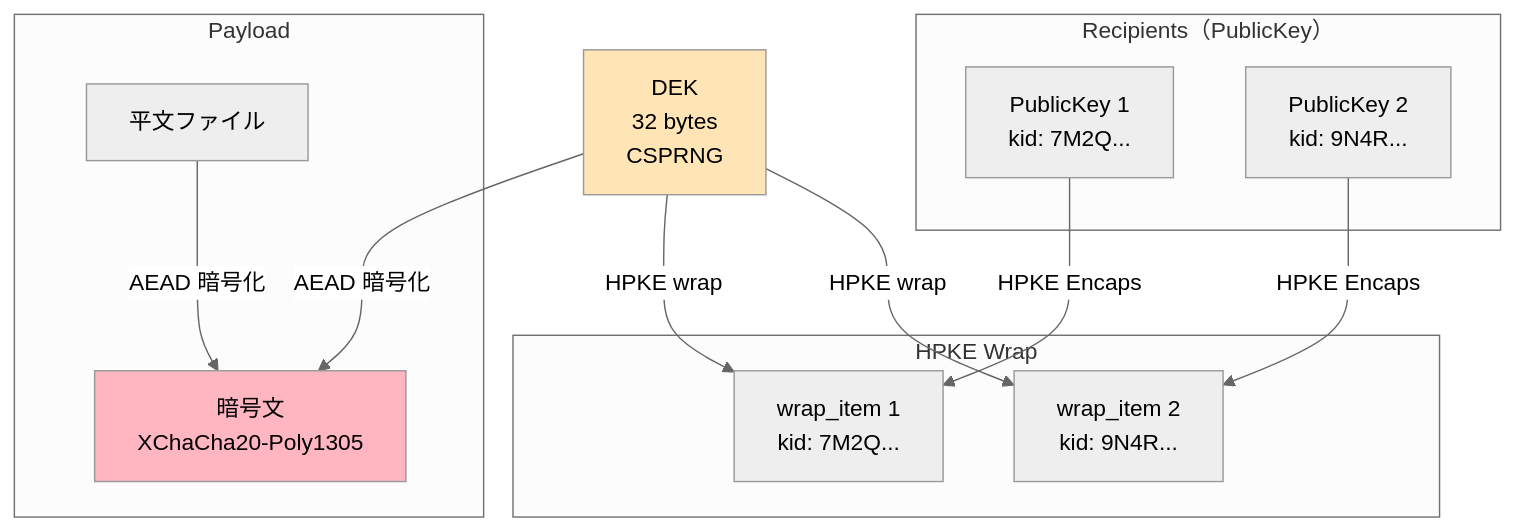
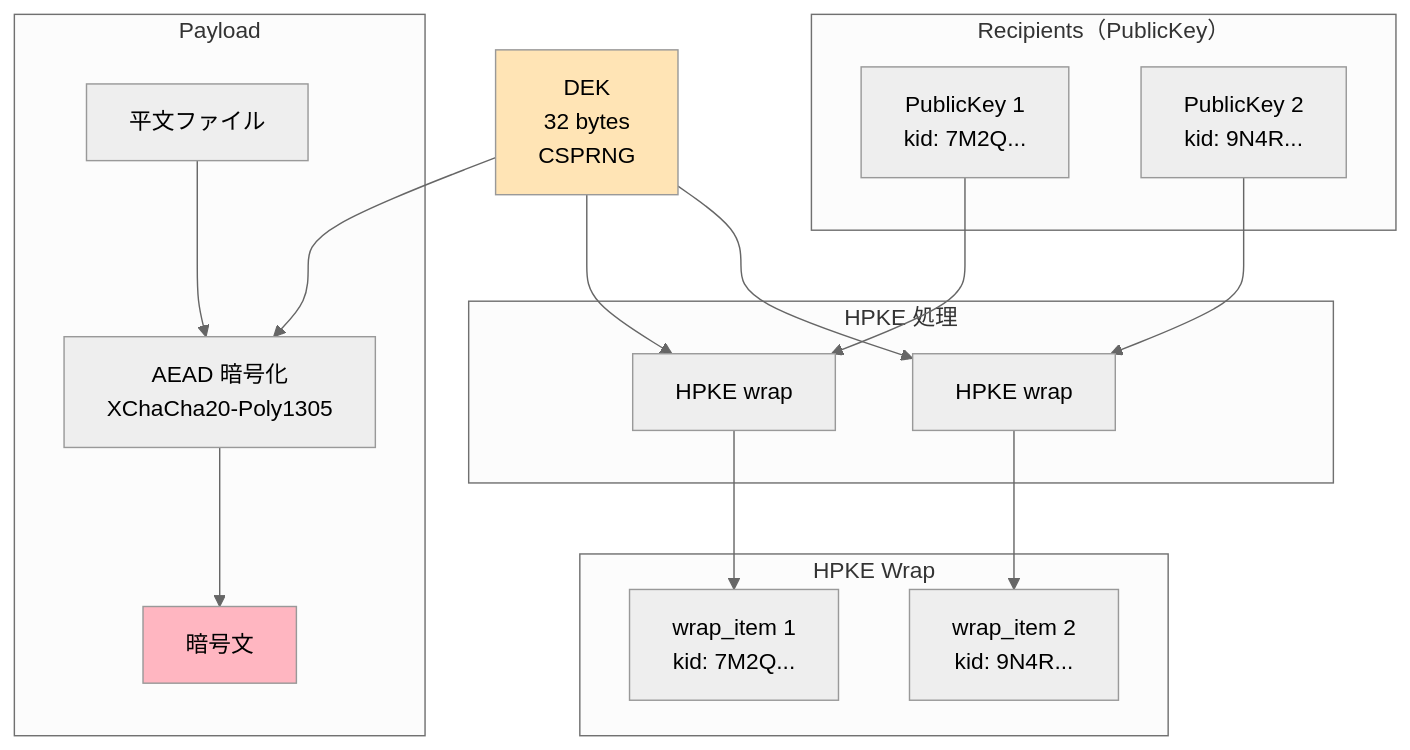
The third of 6 diagrams in guides/security_design_ja.md (ebisawa/secretenv), drawn with Mermaid (neutral theme) before and after one commit. The commit also changed other lines of this file and 3 other files, not shown here.

````diff
--- a/guides/security_design_ja.md
+++ b/guides/security_design_ja.md
@@ -386,29 +484,38 @@
 ```mermaid
 graph TB
     subgraph recipients["Recipients（PublicKey）"]
         PK1["PublicKey 1<br/>kid: 7M2Q..."]
         PK2["PublicKey 2<br/>kid: 9N4R..."]
+    end
+
+    subgraph hpke["HPKE 処理"]
+        HPKE1[HPKE wrap]
+        HPKE2[HPKE wrap]
     end
 
     subgraph wrap["HPKE Wrap"]
         W1["wrap_item 1<br/>kid: 7M2Q..."]
         W2["wrap_item 2<br/>kid: 9N4R..."]
     end
 
     DEK["DEK<br/>32 bytes<br/>CSPRNG"]
 
     subgraph payload["Payload"]
         PT[平文ファイル]
-        CT["暗号文<br/>XChaCha20-Poly1305"]
+        AEAD[AEAD 暗号化<br/>XChaCha20-Poly1305]
+        CT["暗号文"]
     end
 
-    PK1 -->|HPKE Encaps| W1
-    PK2 -->|HPKE Encaps| W2
-    DEK -->|HPKE wrap| W1
-    DEK -->|HPKE wrap| W2
-    DEK -->|AEAD 暗号化| CT
-    PT -->|AEAD 暗号化| CT
+    PK1 --> HPKE1
+    DEK --> HPKE1
+    HPKE1 --> W1
+    PK2 --> HPKE2
+    DEK --> HPKE2
+    HPKE2 --> W2
+    DEK --> AEAD
+    PT --> AEAD
+    AEAD --> CT
 
     style DEK fill:#FFE4B5
     style CT fill:#FFB6C1
 ```
````
